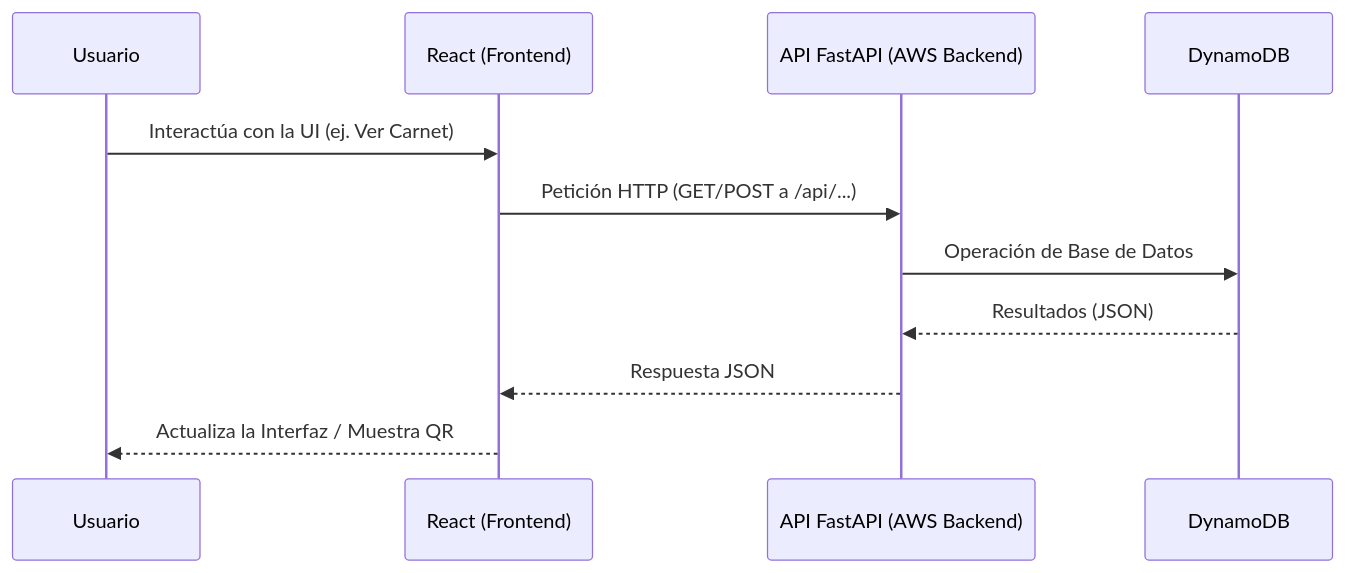
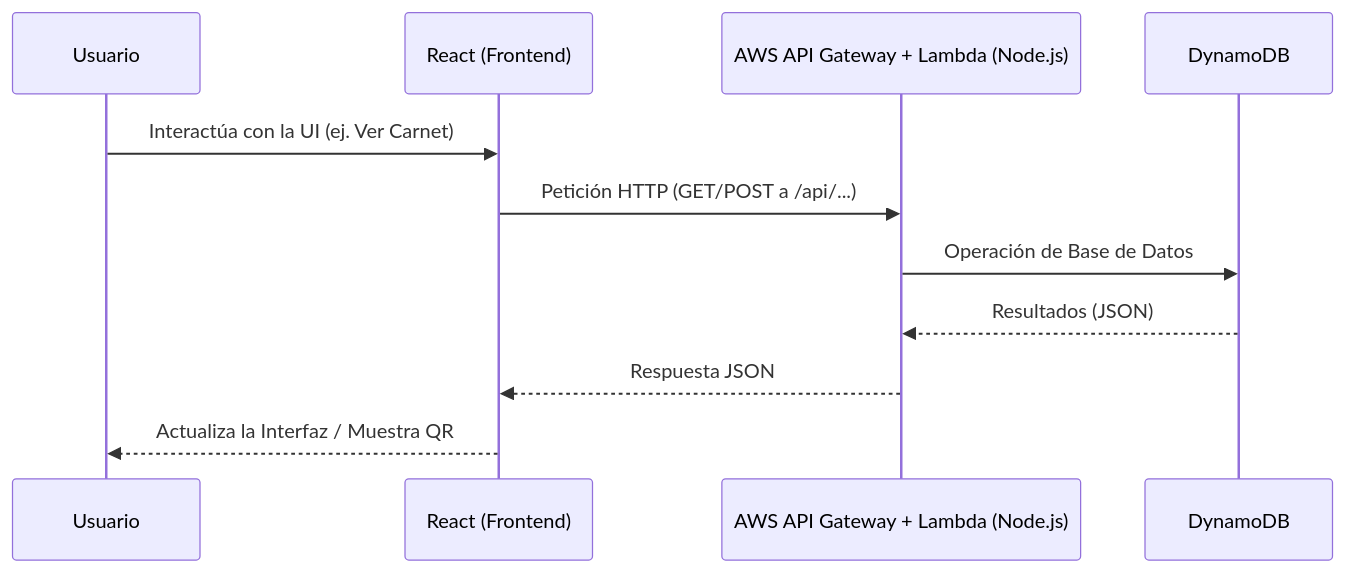
One commit to PabloMolina-Itera/Identera-Full-Stack-Itera changed the diagram in frontend/README.md. Above: the diagram before and after it, drawn with Mermaid. The commit also changed other lines of this file and 16 other files, not shown here.

````diff
--- a/frontend/README.md
+++ b/frontend/README.md
@@ -7,14 +7,14 @@
 ```mermaid
 sequenceDiagram
     participant U as Usuario
     participant R as React (Frontend)
-    participant A as API FastAPI (AWS Backend)
+    participant A as AWS API Gateway + Lambda (Node.js)
     participant D as DynamoDB
     
     U->>R: Interactúa con la UI (ej. Ver Carnet)
     R->>A: Petición HTTP (GET/POST a /api/...)
     A->>D: Operación de Base de Datos
     D-->>A: Resultados (JSON)
     A-->>R: Respuesta JSON
     R-->>U: Actualiza la Interfaz / Muestra QR
 ```
````
